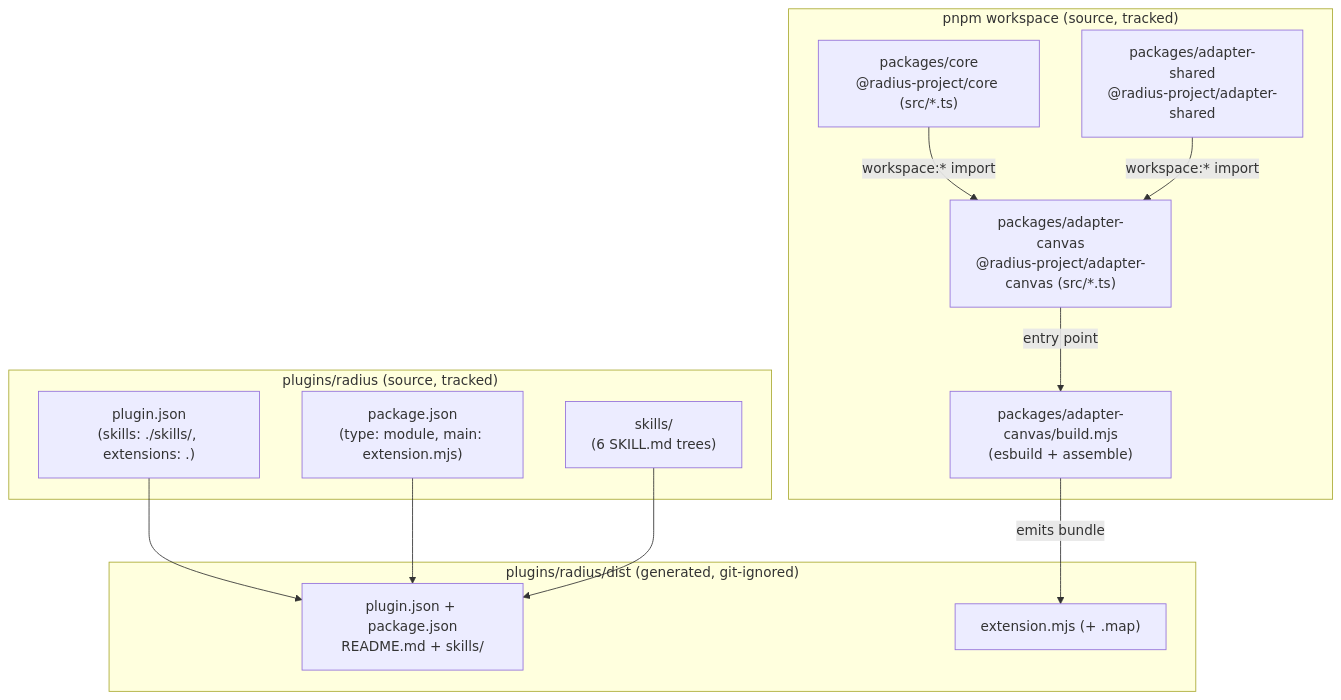
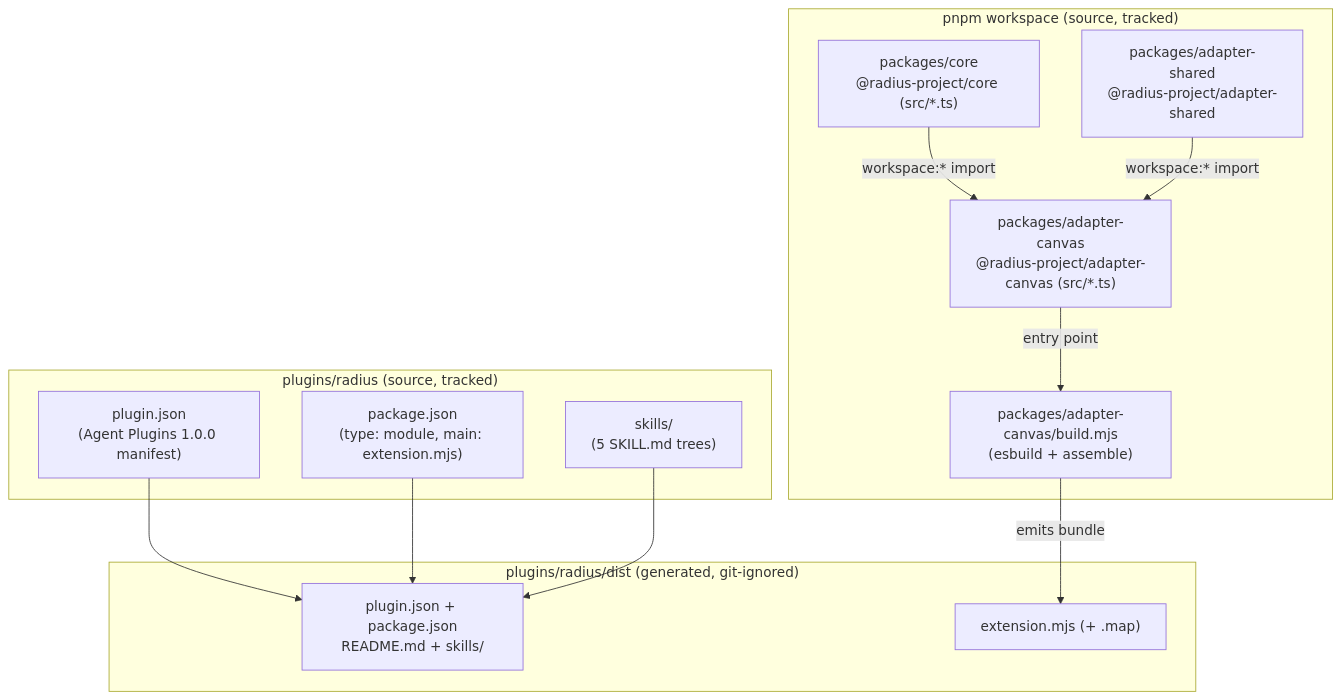
One commit to radius-project/ai-extensions changed the first of 2 diagrams in docs/architecture/plugin-packaging-and-publishing.md. Above: the diagram before and after it, drawn with Mermaid. The commit also changed other lines of this file and 12 other files, not shown here.

Commit message:
feat: adopt Agent Plugins 1.0.0 manifest format and remove deprecated skill

````diff
--- a/docs/architecture/plugin-packaging-and-publishing.md
+++ b/docs/architecture/plugin-packaging-and-publishing.md
@@ -5,28 +5,28 @@
 ```mermaid
 graph TD
     subgraph Workspace["pnpm workspace (source, tracked)"]
         Core["packages/core<br/>@radius-project/core (src/*.ts)"]
         Shared["packages/adapter-shared<br/>@radius-project/adapter-shared"]
         Canvas["packages/adapter-canvas<br/>@radius-project/adapter-canvas (src/*.ts)"]
         Build["packages/adapter-canvas/build.mjs<br/>(esbuild + assemble)"]
     end
 
     subgraph PluginSrc["plugins/radius (source, tracked)"]
-        Manifest["plugin.json<br/>(skills: ./skills/, extensions: .)"]
+        Manifest["plugin.json<br/>(Agent Plugins 1.0.0 manifest)"]
         Pkg["package.json<br/>(type: module, main: extension.mjs)"]
-        Skills["skills/<br/>(6 SKILL.md trees)"]
+        Skills["skills/<br/>(5 SKILL.md trees)"]
     end
 
     subgraph Dist["plugins/radius/dist (generated, git-ignored)"]
         DistAll["plugin.json + package.json<br/>README.md + skills/"]
         Bundle["extension.mjs (+ .map)"]
     end
 
     Core -->|workspace:* import| Canvas
     Shared -->|workspace:* import| Canvas
     Canvas -->|entry point| Build
     Build -->|emits bundle| Bundle
     Manifest --> DistAll
     Pkg --> DistAll
     Skills --> DistAll
 ```
````
